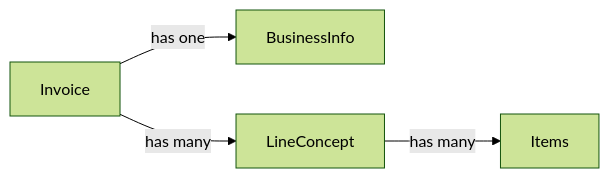
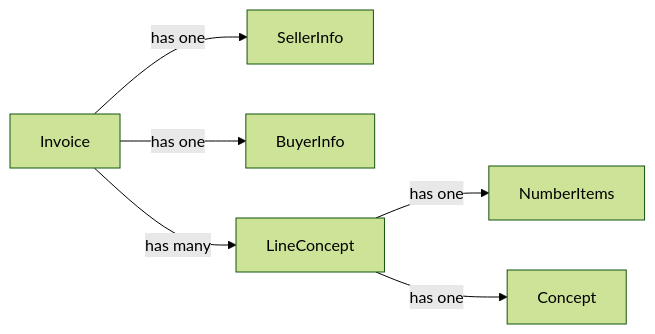
One commit to jmjurado23/ruby-design-patterns changed the diagram in README.md. Above: the diagram before and after it, drawn with Mermaid (forest theme). The commit also changed other lines of this file and 23 other files, not shown here.

````diff
--- a/README.md
+++ b/README.md
@@ -9,6 +9,8 @@
 ```mermaid
 graph LR
-Invoice[Invoice] -- has one --> BusinessInfo[BusinessInfo]
+Invoice[Invoice] -- has one --> SellerInfo[SellerInfo]
+Invoice[Invoice] -- has one --> BuyerInfo[BuyerInfo]
 Invoice[Invoice] -- has many --> LineConcept[LineConcept]
-LineConcept[LineConcept] -- has many --> Items[Items]
+LineConcept[LineConcept] -- has one --> NumberItems[NumberItems]
+LineConcept[LineConcept] -- has one --> Concept[Concept]
 ```
````
